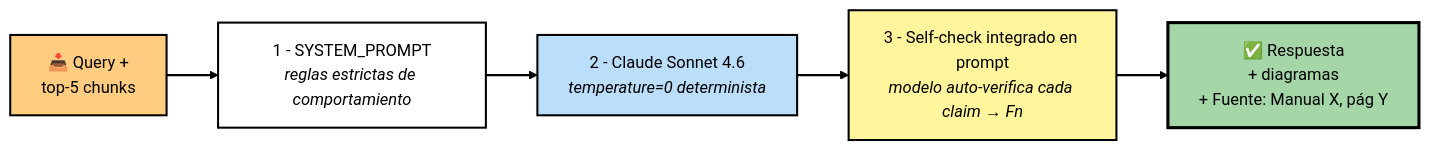
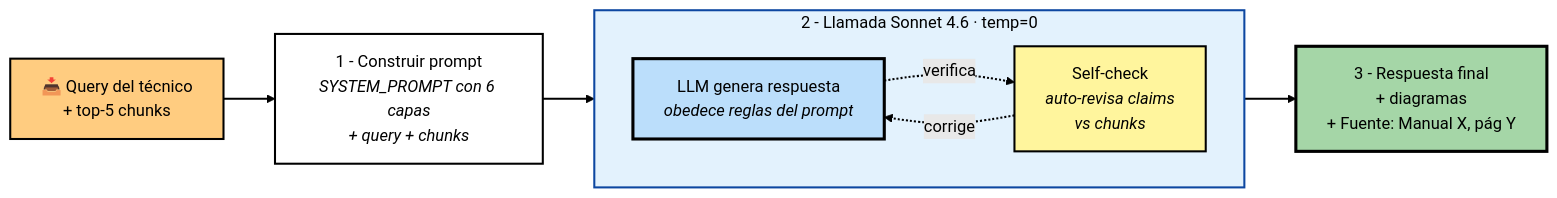
One commit to albertofontiber/technical_bot changed the sixth of 8 diagrams in docs/ARCHITECTURE.md. Above: the diagram before and after it, drawn with Mermaid (forest theme). The commit also changed other lines of this file and 1 other file, not shown here.

````diff
--- a/docs/ARCHITECTURE.md
+++ b/docs/ARCHITECTURE.md
@@ -363,15 +355,23 @@
 ```mermaid
 flowchart LR
-    In[📥 Query +<br>top-5 chunks] --> Prompt[1 - SYSTEM_PROMPT<br><i>reglas estrictas de comportamiento</i>]
-    Prompt --> Sonnet[2 - Claude Sonnet 4.6<br><i>temperature=0 determinista</i>]
-    Sonnet --> Check[3 - Self-check integrado en prompt<br><i>modelo auto-verifica cada claim → Fn</i>]
-    Check --> Out[✅ Respuesta<br>+ diagramas<br>+ Fuente: Manual X, pág Y]
+    In[📥 Query del técnico<br>+ top-5 chunks] --> Build[1 - Construir prompt<br><i>SYSTEM_PROMPT con 6 capas<br>+ query + chunks</i>]
+    Build --> LLMBox
+    LLMBox --> Out[3 - Respuesta final<br>+ diagramas<br>+ Fuente: Manual X, pág Y]
+
+    subgraph LLMBox["2 - Llamada Sonnet 4.6 · temp=0"]
+        direction LR
+        Sonnet[LLM genera respuesta<br><i>obedece reglas del prompt</i>]
+        SelfCheck[Self-check<br><i>auto-revisa claims<br>vs chunks</i>]
+        Sonnet -.->|verifica| SelfCheck
+        SelfCheck -.->|corrige| Sonnet
+    end
 
     style In fill:#ffcc80,stroke:#000000,color:#000000,stroke-width:2px
-    style Prompt fill:#ffffff,stroke:#000000,color:#000000,stroke-width:2px
-    style Sonnet fill:#bbdefb,stroke:#000000,color:#000000,stroke-width:2px
-    style Check fill:#fff59d,stroke:#000000,color:#000000,stroke-width:2px
+    style Build fill:#ffffff,stroke:#000000,color:#000000,stroke-width:2px
+    style Sonnet fill:#bbdefb,stroke:#000000,color:#000000,stroke-width:3px
+    style SelfCheck fill:#fff59d,stroke:#000000,color:#000000,stroke-width:2px
     style Out fill:#a5d6a7,stroke:#000000,color:#000000,stroke-width:3px
+    style LLMBox fill:#e3f2fd,stroke:#0d47a1,color:#000000,stroke-width:2px
 
     linkStyle default stroke:#000000,stroke-width:2px
 ```
````
